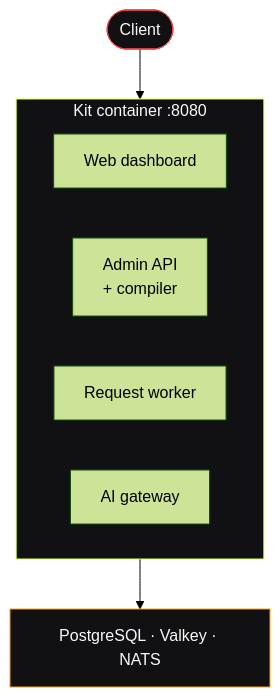
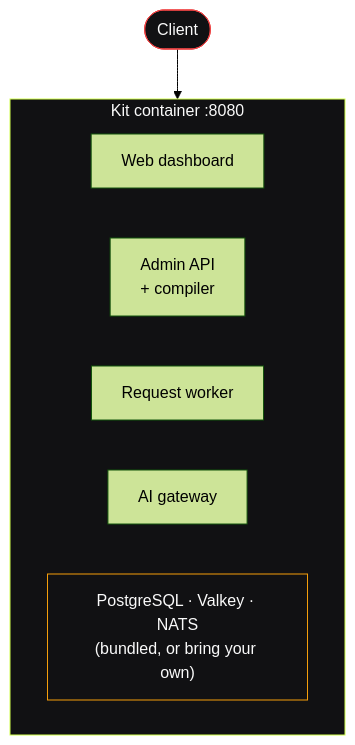
One commit to 07prajwal2000/Fluxify changed the first of 2 diagrams in docs/deployments/index.md. Above: the diagram before and after it, drawn with Mermaid (forest theme). The commit also changed other lines of this file and 1 other file, not shown here.

First line of the commit message:
docs(kit): document the bundled single-command self-hosting path

````diff
--- a/docs/deployments/index.md
+++ b/docs/deployments/index.md
@@ -57,16 +57,16 @@
 ```mermaid
 flowchart TB
     C(["Client"]) --> K
     subgraph K["Kit container :8080"]
         direction LR
         WEB["Web dashboard"]
         ADM["Admin API<br/>+ compiler"]
         WRK["Request worker"]
         AI["AI gateway"]
+        BS["PostgreSQL · Valkey · NATS<br/>(bundled, or bring your own)"]
     end
-    K --> BS["PostgreSQL · Valkey · NATS"]
 
     style C fill:#111113,stroke:#EF4444,color:#FAFAFA
     style K fill:#111113,stroke:#D2FF4D,color:#FAFAFA
     style BS fill:#111113,stroke:#F59E0B,color:#FAFAFA
 ```
````
